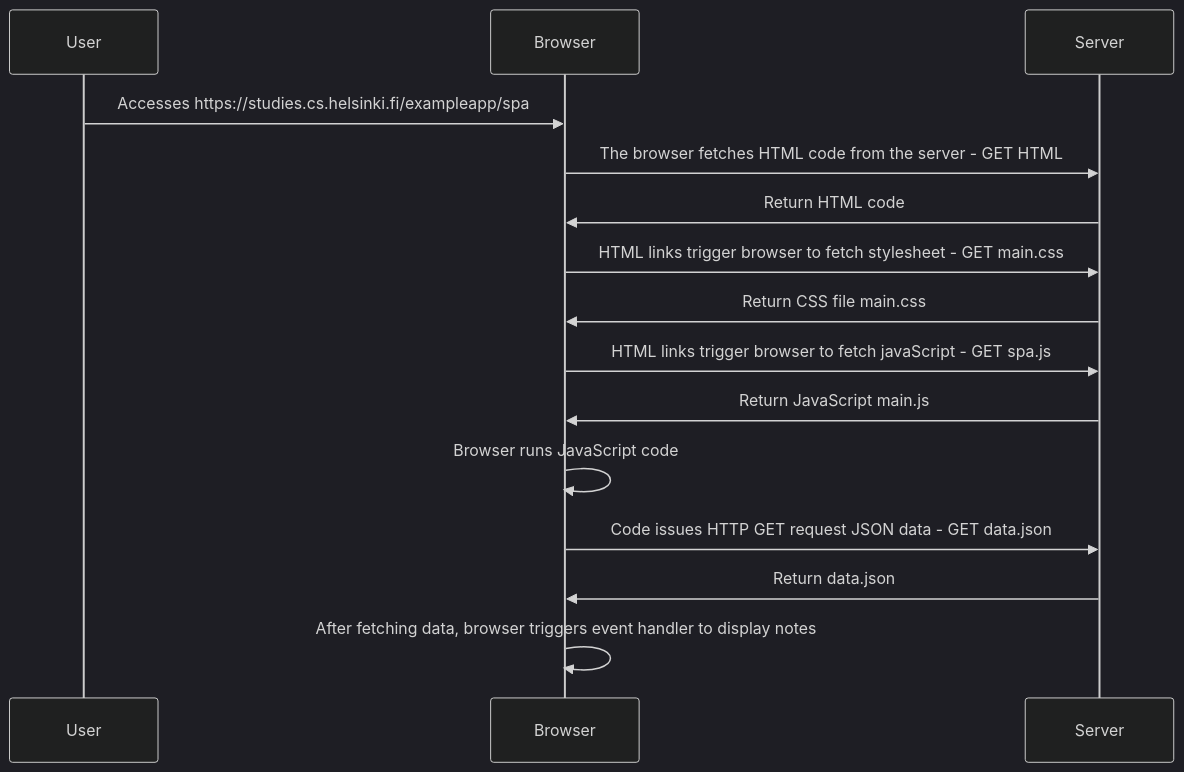
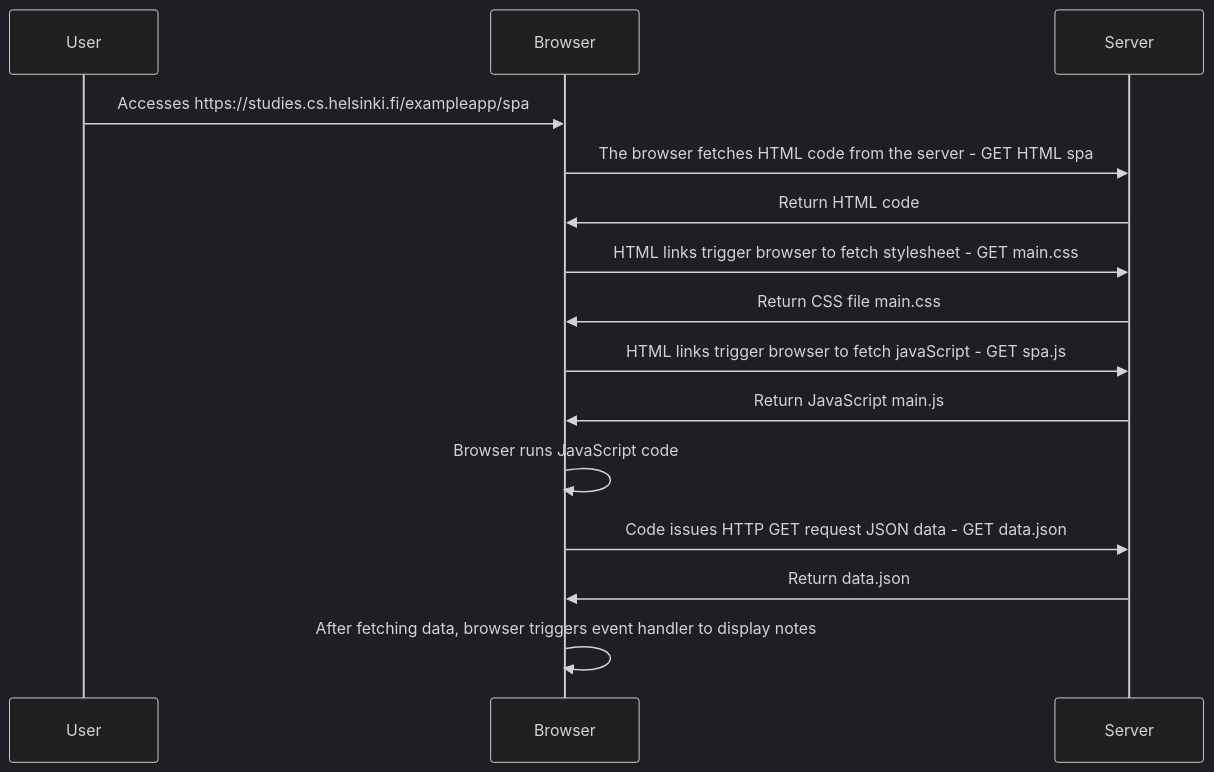
One commit to garciamoramc/course-fullstackopen changed the diagram in part0/sequenceDiagram0-5.md. Above: the diagram before and after it, drawn with Mermaid (dark theme).

````diff
--- a/part0/sequenceDiagram0-5.md
+++ b/part0/sequenceDiagram0-5.md
@@ -1,14 +1,14 @@
 ```mermaid
 sequenceDiagram
     User->>Browser: Accesses https://studies.cs.helsinki.fi/exampleapp/spa
-    Browser->>Server: The browser fetches HTML code from the server - GET HTML
+    Browser->>Server: The browser fetches HTML code from the server - GET HTML spa
     Server->>Browser: Return HTML code
     Browser->>Server: HTML links trigger browser to fetch stylesheet - GET main.css
     Server->>Browser: Return CSS file main.css
     Browser->>Server: HTML links trigger browser to fetch javaScript - GET spa.js
     Server->>Browser: Return JavaScript main.js
     Browser->>Browser: Browser runs JavaScript code 
     Browser->>Server: Code issues HTTP GET request JSON data - GET data.json
     Server->>Browser: Return data.json
     Browser->>Browser: After fetching data, browser triggers event handler to display notes
 ```
````
